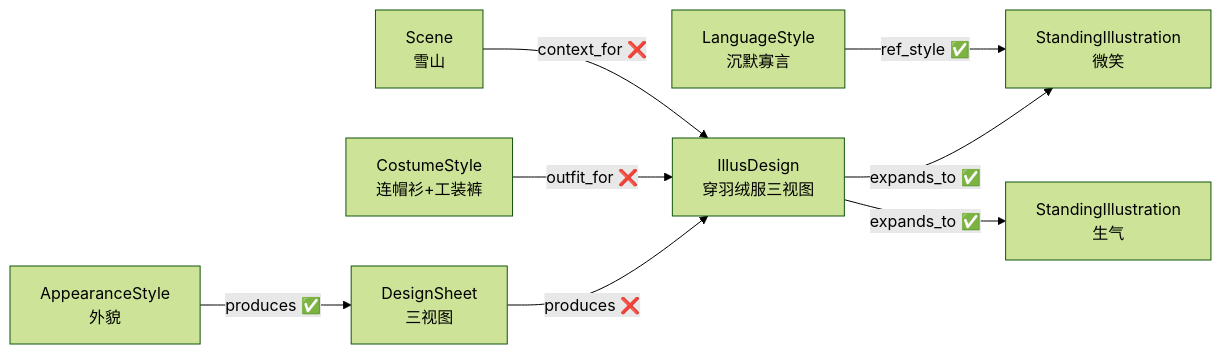
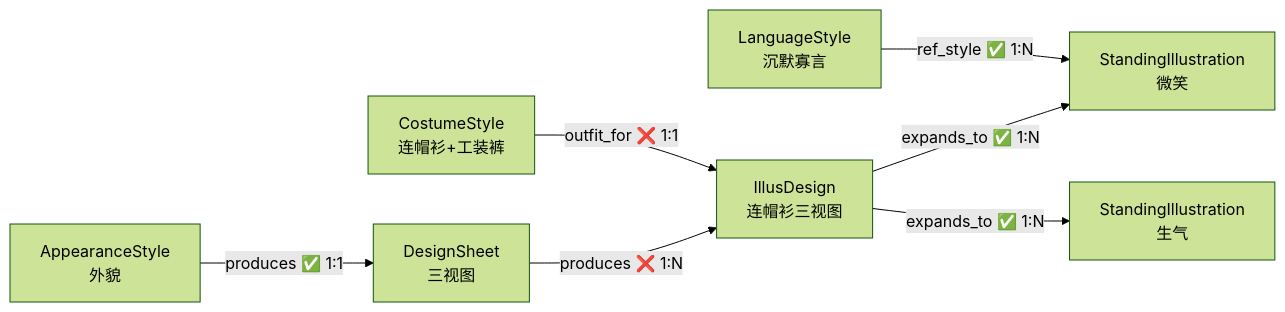
Before and after one commit to CrazyJinn/OtheredGlass: the second of 2 diagrams in 00_init/Schema/角色美术.md, drawn with Mermaid (forest theme). The commit also changed other lines of this file and 41 other files, not shown here.

First line of the commit message:
feat: 新增 skills/agents 体系，重构 Schema，新增 char_007 美术，清理旧文件

````diff
--- a/00_init/Schema/角色美术.md
+++ b/00_init/Schema/角色美术.md
@@ -279,10 +237,9 @@
 ```mermaid
 flowchart LR
-    Appearance["AppearanceStyle<br/>外貌"] -->|"produces ✅"| DesignSheet["DesignSheet<br/>三视图"]
-    DesignSheet -->|"produces ❌"| Illus1["IllusDesign<br/>穿羽绒服三视图"]
-    Costume["CostumeStyle<br/>连帽衫+工装裤"] -->|"outfit_for ❌"| Illus1
-    Scene["Scene<br/>雪山"] -->|"context_for ❌"| Illus1
-    Illus1 -->|"expands_to ✅"| Stand1["StandingIllustration<br/>微笑"]
-    Illus1 -->|"expands_to ✅"| Stand2["StandingIllustration<br/>生气"]
-    Language["LanguageStyle<br/>沉默寡言"] -->|"ref_style ✅"| Stand1
+    Appearance["AppearanceStyle<br/>外貌"] -->|"produces ✅ 1:1"| DesignSheet["DesignSheet<br/>三视图"]
+    DesignSheet -->|"produces ❌ 1:N"| Illus1["IllusDesign<br/>连帽衫三视图"]
+    Costume["CostumeStyle<br/>连帽衫+工装裤"] -->|"outfit_for ❌ 1:1"| Illus1
+    Illus1 -->|"expands_to ✅ 1:N"| Stand1["StandingIllustration<br/>微笑"]
+    Illus1 -->|"expands_to ✅ 1:N"| Stand2["StandingIllustration<br/>生气"]
+    Language["LanguageStyle<br/>沉默寡言"] -->|"ref_style ✅ 1:N"| Stand1
 ```
````
